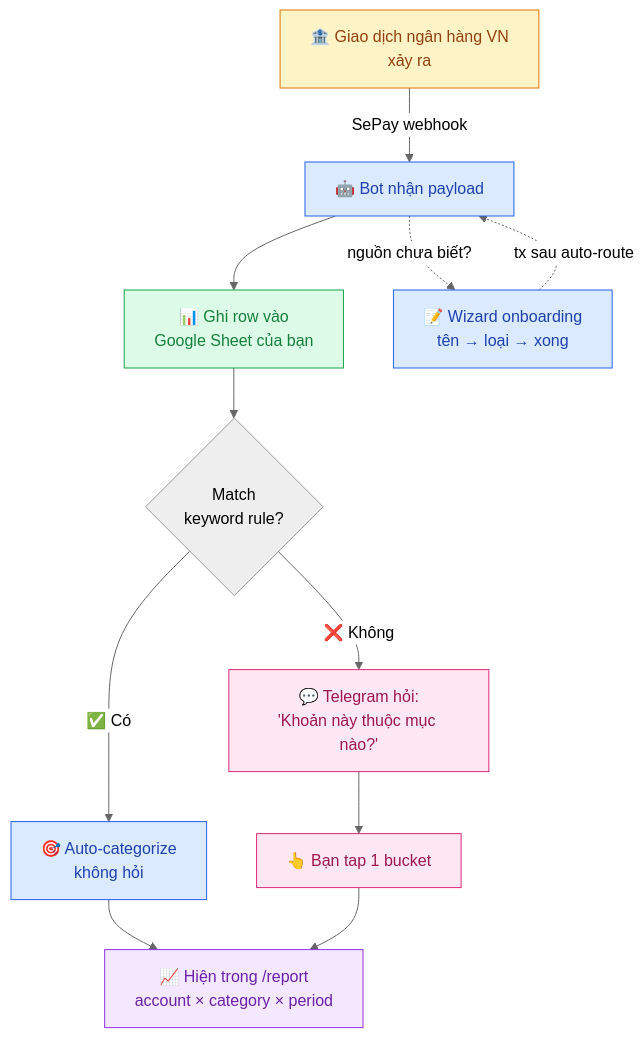
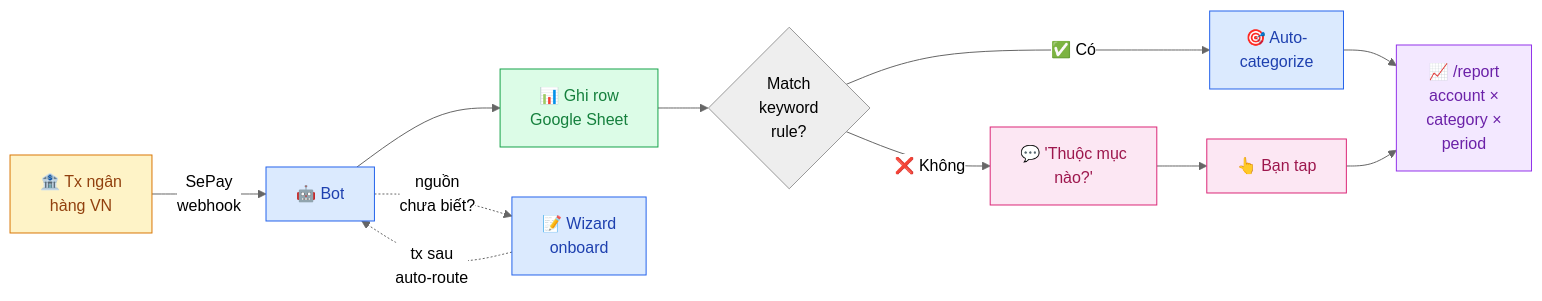
One commit to maingocanh1702/my-money-went-bot changed the diagram in README.vi.md. Above: the diagram before and after it, drawn with Mermaid (neutral theme). The commit also changed other lines of this file and 1 other file, not shown here.

Commit message:
docs: add 2-sentence elevator pitch above What-it-does diagram
Plain-English intro for readers who skim before parsing the flowchart:
what the bot is, what triggers it, what you do, what you get.

````diff
--- a/README.vi.md
+++ b/README.vi.md
@@ -17,25 +19,25 @@
 ```mermaid
-flowchart TD
-    A[🏦 Giao dịch ngân hàng VN<br/>xảy ra] -->|SePay webhook| B[🤖 Bot nhận payload]
-    B --> C[📊 Ghi row vào<br/>Google Sheet của bạn]
-    C --> D{Match<br/>keyword rule?}
-    D -->|✅ Có| E[🎯 Auto-categorize<br/>không hỏi]
-    D -->|❌ Không| F[💬 Telegram hỏi:<br/>'Khoản này thuộc mục nào?']
-    F --> G[👆 Bạn tap 1 bucket]
-    E --> H[📈 Hiện trong /report<br/>account × category × period]
+flowchart LR
+    A[🏦 Tx ngân<br/>hàng VN] -->|SePay<br/>webhook| B[🤖 Bot]
+    B --> C[📊 Ghi row<br/>Google Sheet]
+    C --> D{Match<br/>keyword<br/>rule?}
+    D -->|✅ Có| E[🎯 Auto-<br/>categorize]
+    D -->|❌ Không| F[💬 'Thuộc mục<br/>nào?']
+    F --> G[👆 Bạn tap]
+    E --> H[📈 /report<br/>account ×<br/>category ×<br/>period]
     G --> H
 
-    B -. nguồn chưa biết? .-> I[📝 Wizard onboarding<br/>tên → loại → xong]
-    I -. tx sau auto-route .-> B
+    B -. nguồn<br/>chưa biết? .-> I[📝 Wizard<br/>onboard]
+    I -. tx sau<br/>auto-route .-> B
 
     classDef bank fill:#fef3c7,stroke:#d97706,color:#92400e
     classDef bot fill:#dbeafe,stroke:#2563eb,color:#1e40af
     classDef store fill:#dcfce7,stroke:#16a34a,color:#15803d
     classDef user fill:#fce7f3,stroke:#db2777,color:#9d174d
     classDef out fill:#f3e8ff,stroke:#9333ea,color:#6b21a8
     class A bank
     class B,E,I bot
     class C store
     class F,G user
     class H out
 ```
````
